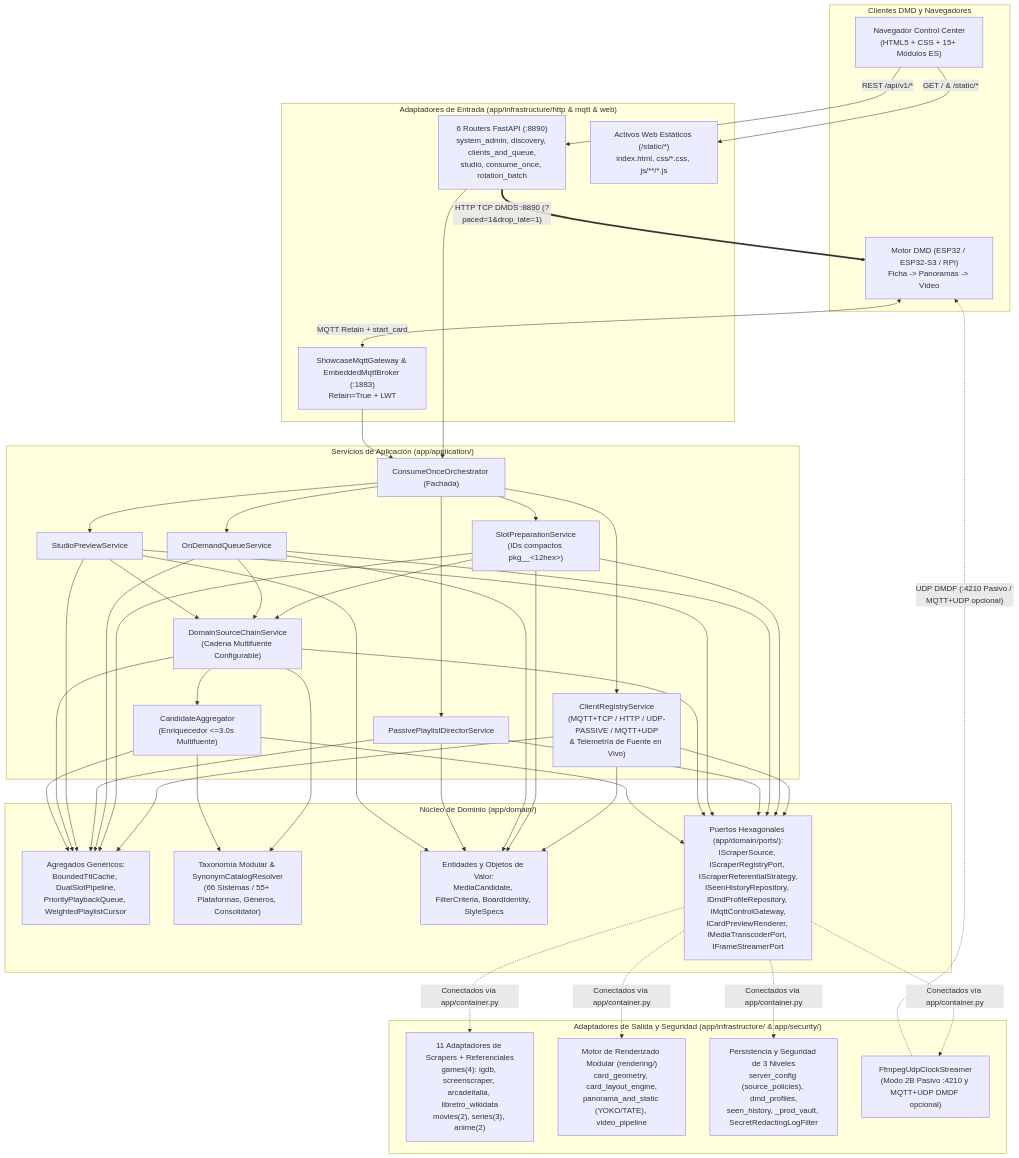
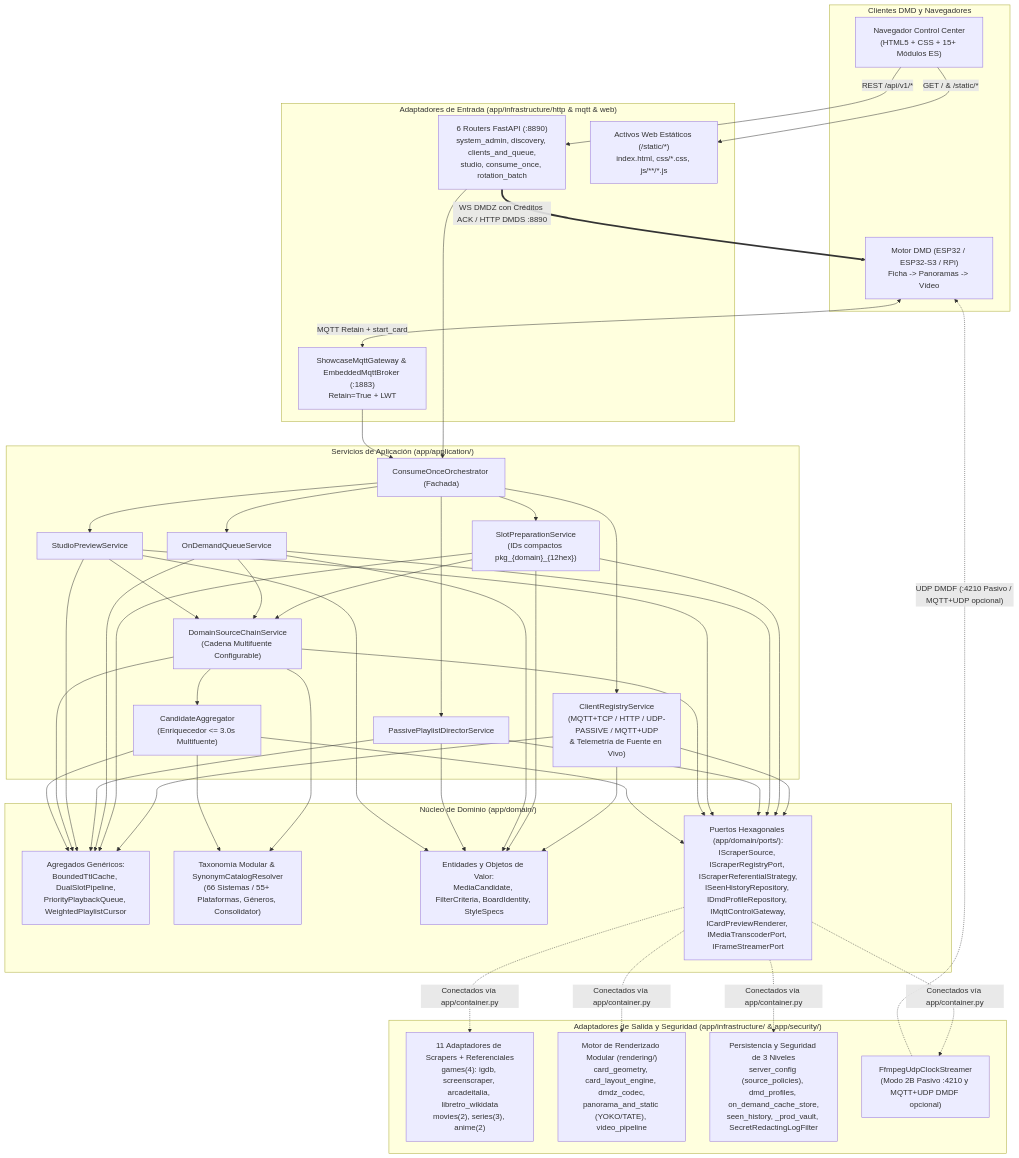
The first of 2 diagrams in docs/ARCHITECTURE_ES.md (red77290/dmd_media_showcase), drawn with Mermaid before and after one commit. The commit also changed other lines of this file and 24 other files, not shown here.

````diff
--- a/docs/ARCHITECTURE_ES.md
+++ b/docs/ARCHITECTURE_ES.md
@@ -18,52 +18,52 @@
 ```mermaid
 flowchart TD
     subgraph DMD["Clientes DMD y Navegadores"]
         BROWSER["Navegador Control Center\n(HTML5 + CSS + 15+ Módulos ES)"]
         ENG["Motor DMD (ESP32 / ESP32-S3 / RPi)\nFicha -> Panoramas -> Vídeo"]
     end
 
     subgraph INFRA_IN["Adaptadores de Entrada (app/infrastructure/http & mqtt & web)"]
         ROUTERS["6 Routers FastAPI (:8890)\nsystem_admin, discovery, clients_and_queue,\nstudio, consume_once, rotation_batch"]
         STATIC["Activos Web Estáticos (/static/*)\nindex.html, css/*.css, js/**/*.js"]
         MQTT["ShowcaseMqttGateway & EmbeddedMqttBroker (:1883)\nRetain=True + LWT"]
     end
 
     subgraph APP["Servicios de Aplicación (app/application/)"]
         ORCH["ConsumeOnceOrchestrator (Fachada)"]
         REG_SVC["ClientRegistryService\n(MQTT+TCP / HTTP / UDP-PASSIVE / MQTT+UDP\n& Telemetría de Fuente en Vivo)"]
-        PREP_SVC["SlotPreparationService\n(IDs compactos pkg_<domain>_<12hex>)"]
+        PREP_SVC["SlotPreparationService\n(IDs compactos pkg_{domain}_{12hex})"]
         QUEUE_SVC["OnDemandQueueService"]
         DIR_SVC["PassivePlaylistDirectorService"]
         STUDIO_SVC["StudioPreviewService"]
         CHAIN["DomainSourceChainService\n(Cadena Multifuente Configurable)"]
-        AGG_SVC["CandidateAggregator\n(Enriquecedor <=3.0s Multifuente)"]
+        AGG_SVC["CandidateAggregator\n(Enriquecedor <= 3.0s Multifuente)"]
     end
 
     subgraph DOMAIN["Núcleo de Dominio (app/domain/)"]
         AGG["Agregados Genéricos:\nBoundedTtlCache, DualSlotPipeline,\nPriorityPlaybackQueue, WeightedPlaylistCursor"]
         TAX["Taxonomía Modular & SynonymCatalogResolver\n(66 Sistemas / 55+ Plataformas, Géneros, Consolidator)"]
         VO["Entidades y Objetos de Valor:\nMediaCandidate, FilterCriteria, BoardIdentity, StyleSpecs"]
         PORTS["Puertos Hexagonales (app/domain/ports/):\nIScraperSource, IScraperRegistryPort, IScraperReferentialStrategy,\nISeenHistoryRepository, IDmdProfileRepository, IMqttControlGateway,\nICardPreviewRenderer, IMediaTranscoderPort, IFrameStreamerPort"]
     end
 
     subgraph INFRA_OUT["Adaptadores de Salida y Seguridad (app/infrastructure/ & app/security/)"]
         SCRAPERS["11 Adaptadores de Scrapers + Referenciales\ngames(4): igdb, screenscraper, arcadeitalia, libretro_wikidata\nmovies(2), series(3), anime(2)"]
-        RENDER["Motor de Renderizado Modular (rendering/)\ncard_geometry, card_layout_engine,\npanorama_and_static (YOKO/TATE), video_pipeline"]
-        PERSIST["Persistencia y Seguridad de 3 Niveles\nserver_config (source_policies), dmd_profiles,\nseen_history, _prod_vault, SecretRedactingLogFilter"]
+        RENDER["Motor de Renderizado Modular (rendering/)\ncard_geometry, card_layout_engine, dmdz_codec,\npanorama_and_static (YOKO/TATE), video_pipeline"]
+        PERSIST["Persistencia y Seguridad de 3 Niveles\nserver_config (source_policies), dmd_profiles, on_demand_cache_store,\nseen_history, _prod_vault, SecretRedactingLogFilter"]
         UDP["FfmpegUdpClockStreamer\n(Modo 2B Pasivo :4210 y MQTT+UDP DMDF opcional)"]
     end
 
     BROWSER -->|"GET / & /static/*"| STATIC
     BROWSER -->|"REST /api/v1/*"| ROUTERS
     ENG <-->|"MQTT Retain + start_card"| MQTT
-    ROUTERS ==>|"HTTP TCP DMDS :8890 (?paced=1&drop_late=1)"| ENG
+    ROUTERS ==>|"WS DMDZ con Créditos ACK / HTTP DMDS :8890"| ENG
     ROUTERS --> ORCH
     MQTT --> ORCH
     ORCH --> REG_SVC & PREP_SVC & QUEUE_SVC & DIR_SVC & STUDIO_SVC
     PREP_SVC & QUEUE_SVC & STUDIO_SVC --> CHAIN
     CHAIN --> AGG_SVC
     REG_SVC & PREP_SVC & QUEUE_SVC & DIR_SVC & STUDIO_SVC --> AGG & VO & PORTS
     CHAIN & AGG_SVC --> TAX & AGG & PORTS
     PORTS -.->|"Conectados vía app/container.py"| SCRAPERS & RENDER & PERSIST & UDP
     UDP -.->|"UDP DMDF (:4210 Pasivo / MQTT+UDP opcional)"| ENG
 ```
````
